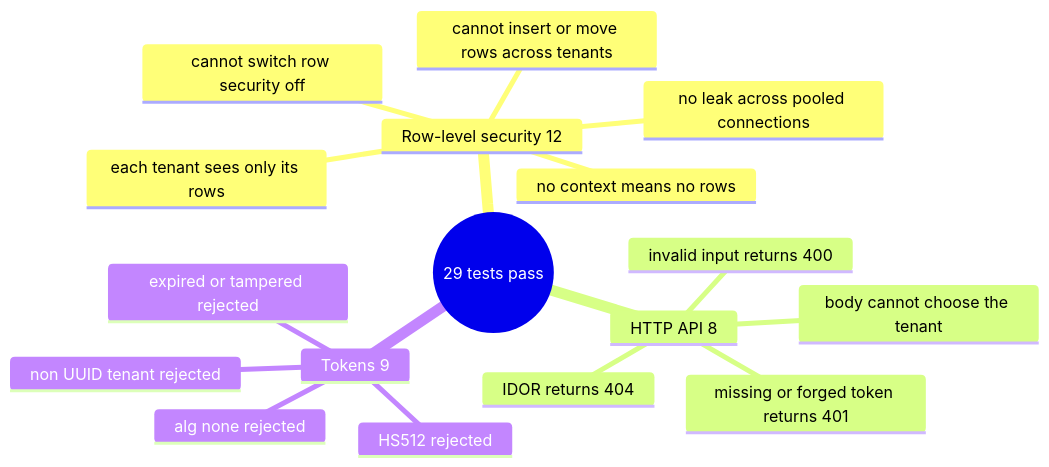
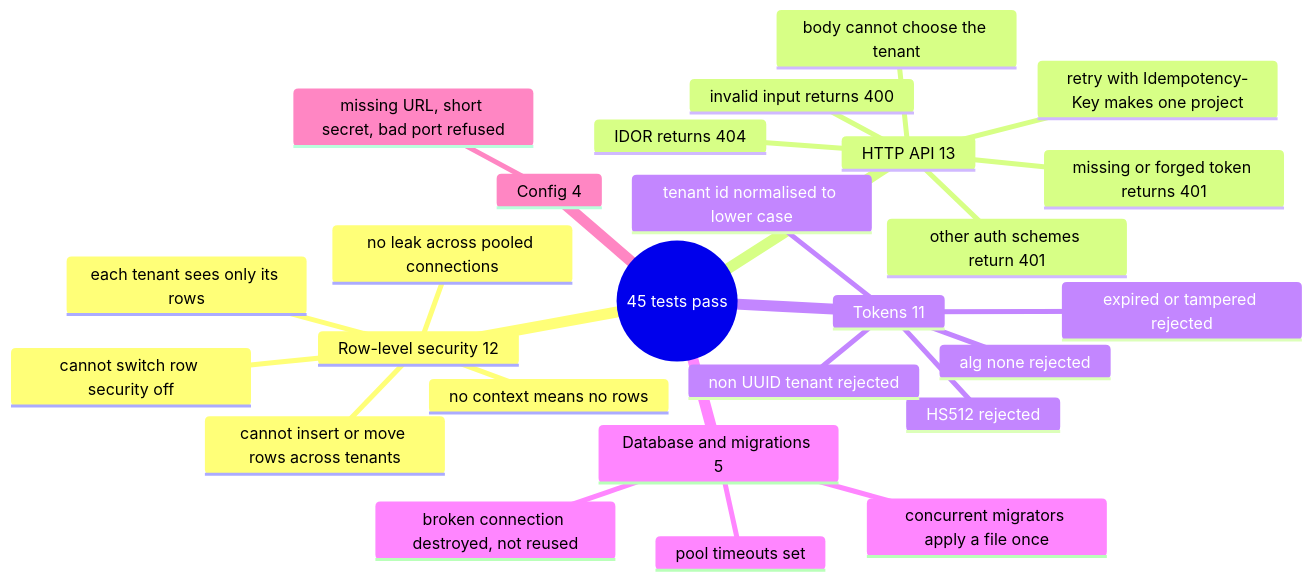
One commit to EquinoxWN/multi-tenant-saas-core changed the second of 2 diagrams in README.md. Above: the diagram before and after it, drawn with Mermaid. The commit also changed other lines of this file and 8 other files, not shown here.

````diff
--- a/README.md
+++ b/README.md
@@ -122,20 +125,29 @@
 ```mermaid
 mindmap
-  root((29 tests pass))
+  root((45 tests pass))
     Row-level security 12
       each tenant sees only its rows
       no context means no rows
       cannot insert or move rows across tenants
       cannot switch row security off
       no leak across pooled connections
-    HTTP API 8
+    HTTP API 13
       IDOR returns 404
       body cannot choose the tenant
       missing or forged token returns 401
       invalid input returns 400
-    Tokens 9
+      retry with Idempotency-Key makes one project
+      other auth schemes return 401
+    Tokens 11
       alg none rejected
       HS512 rejected
       expired or tampered rejected
       non UUID tenant rejected
+      tenant id normalised to lower case
+    Database and migrations 5
+      broken connection destroyed, not reused
+      pool timeouts set
+      concurrent migrators apply a file once
+    Config 4
+      missing URL, short secret, bad port refused
 ```
````
